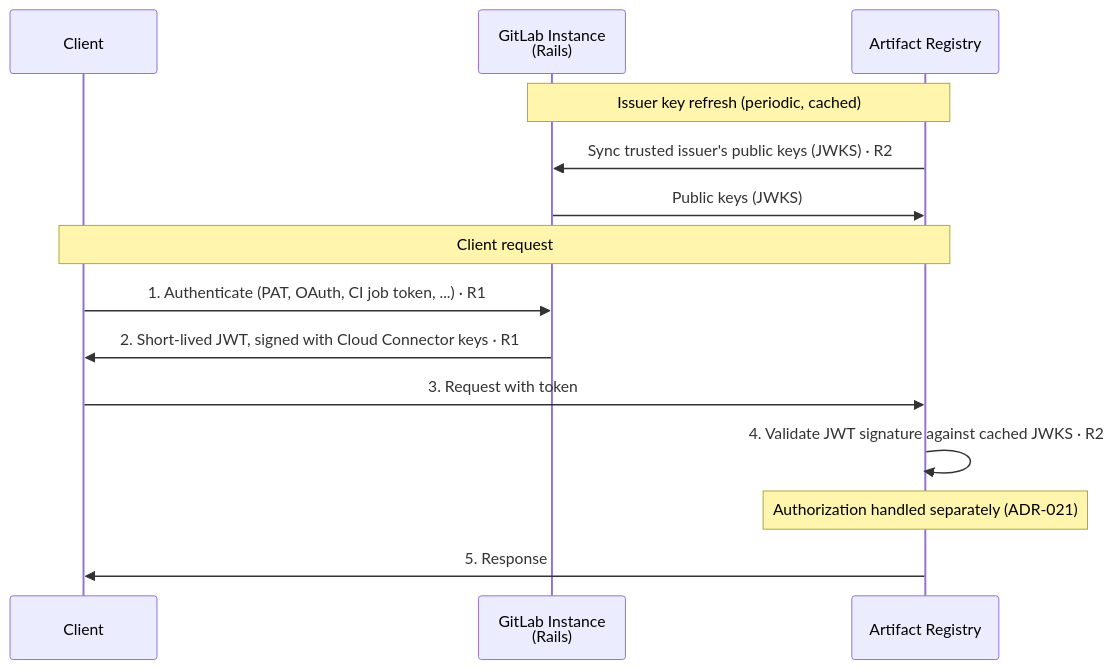
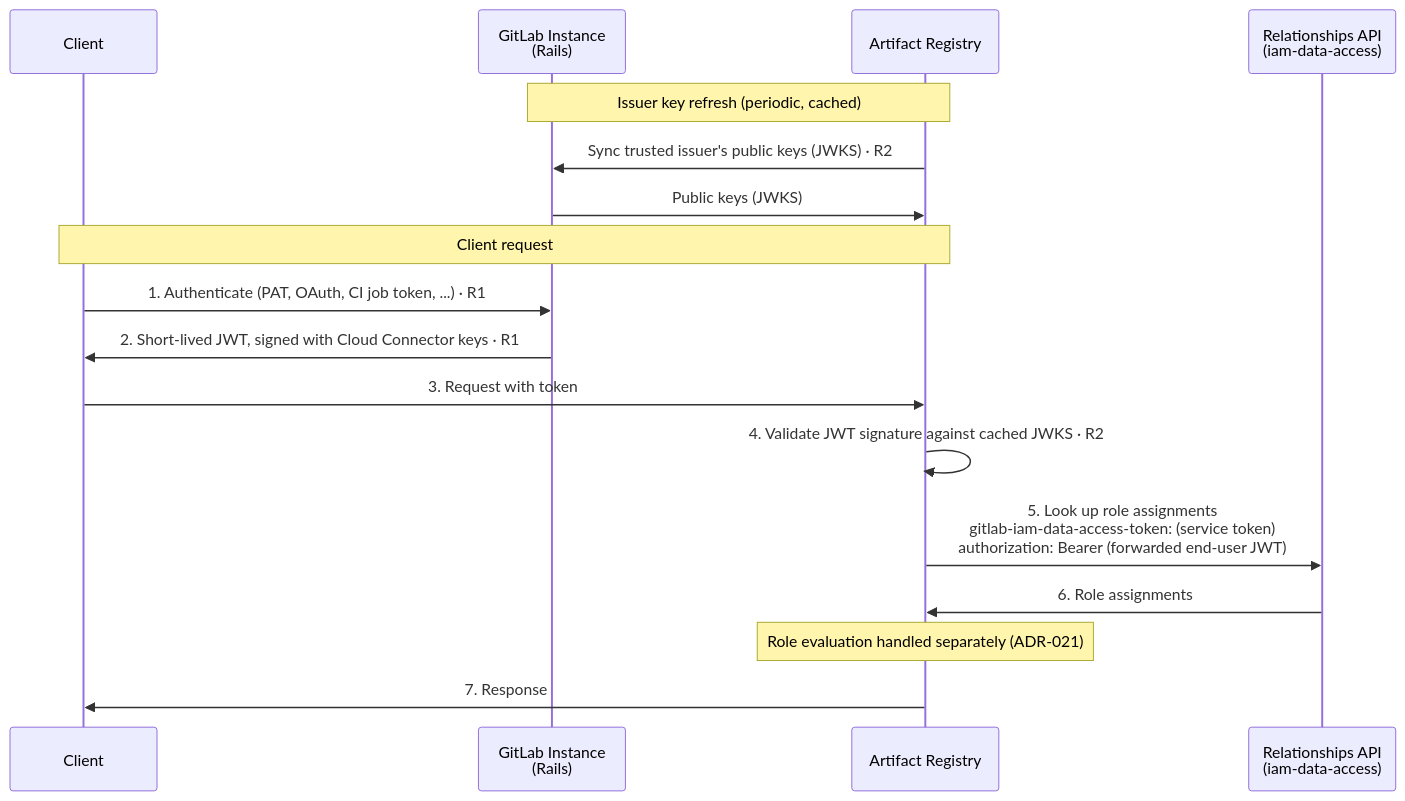
Before and after one commit to kyama0/gitlab-handbook-ja: the diagram in content/handbook/engineering/architecture/design-documents/artifact_registry/decisions/020_authentication_flow.md, drawn with Mermaid. The commit also changed other lines of this file and 90 other files, not shown here.

````diff
--- a/content/handbook/engineering/architecture/design-documents/artifact_registry/decisions/020_authentication_flow.md
+++ b/content/handbook/engineering/architecture/design-documents/artifact_registry/decisions/020_authentication_flow.md
@@ -48,18 +48,21 @@
 ```mermaid
 sequenceDiagram
     participant Client
     participant Rails as GitLab Instance<br/>(Rails)
     participant AR as Artifact Registry
+    participant Rel as Relationships API<br/>(iam-data-access)
 
     Note over AR,Rails: Issuer key refresh (periodic, cached)
     AR->>Rails: Sync trusted issuer's public keys (JWKS) · R2
     Rails->>AR: Public keys (JWKS)
 
     Note over Client,AR: Client request
     Client->>Rails: 1. Authenticate (PAT, OAuth, CI job token, ...) · R1
     Rails->>Client: 2. Short-lived JWT, signed with Cloud Connector keys · R1
     Client->>AR: 3. Request with token
     AR->>AR: 4. Validate JWT signature against cached JWKS · R2
-    Note over AR: Authorization handled separately (ADR-021)
-    AR->>Client: 5. Response
+    AR->>Rel: 5. Look up role assignments<br/>gitlab-iam-data-access-token: (service token)<br/>authorization: Bearer (forwarded end-user JWT)
+    Rel->>AR: 6. Role assignments
+    Note over AR: Role evaluation handled separately (ADR-021)
+    AR->>Client: 7. Response
 ```
````
